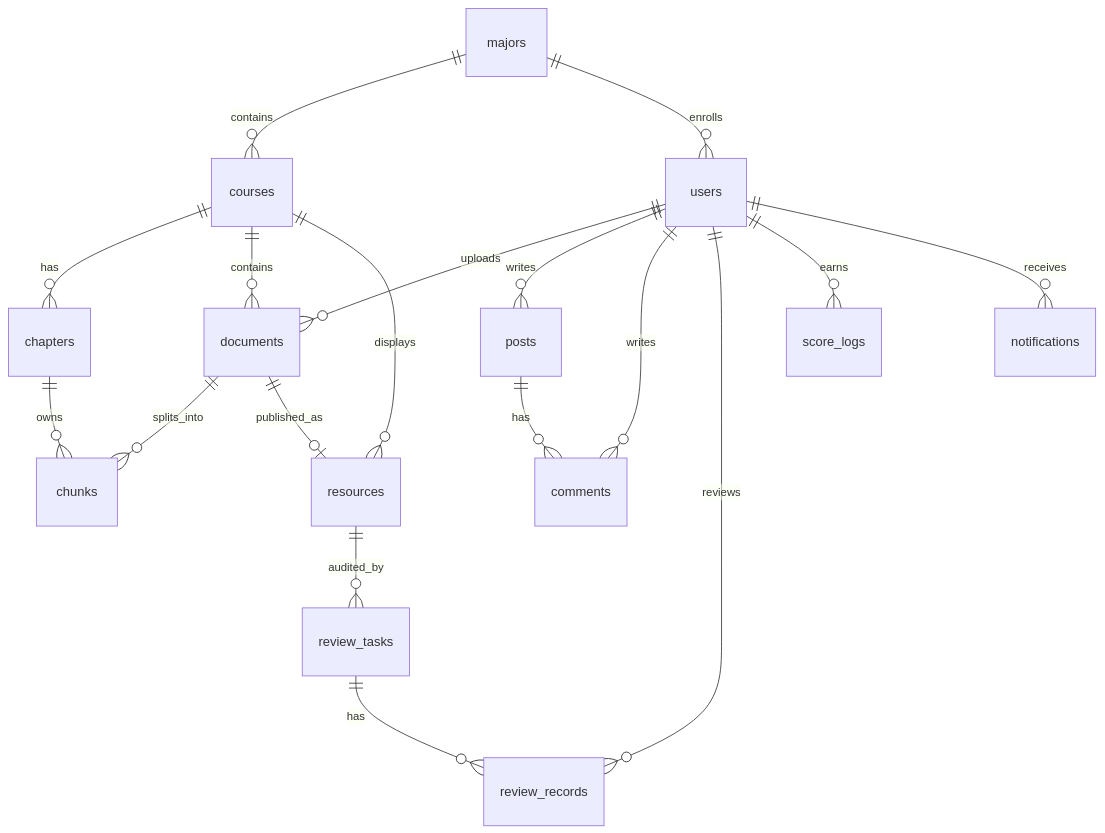
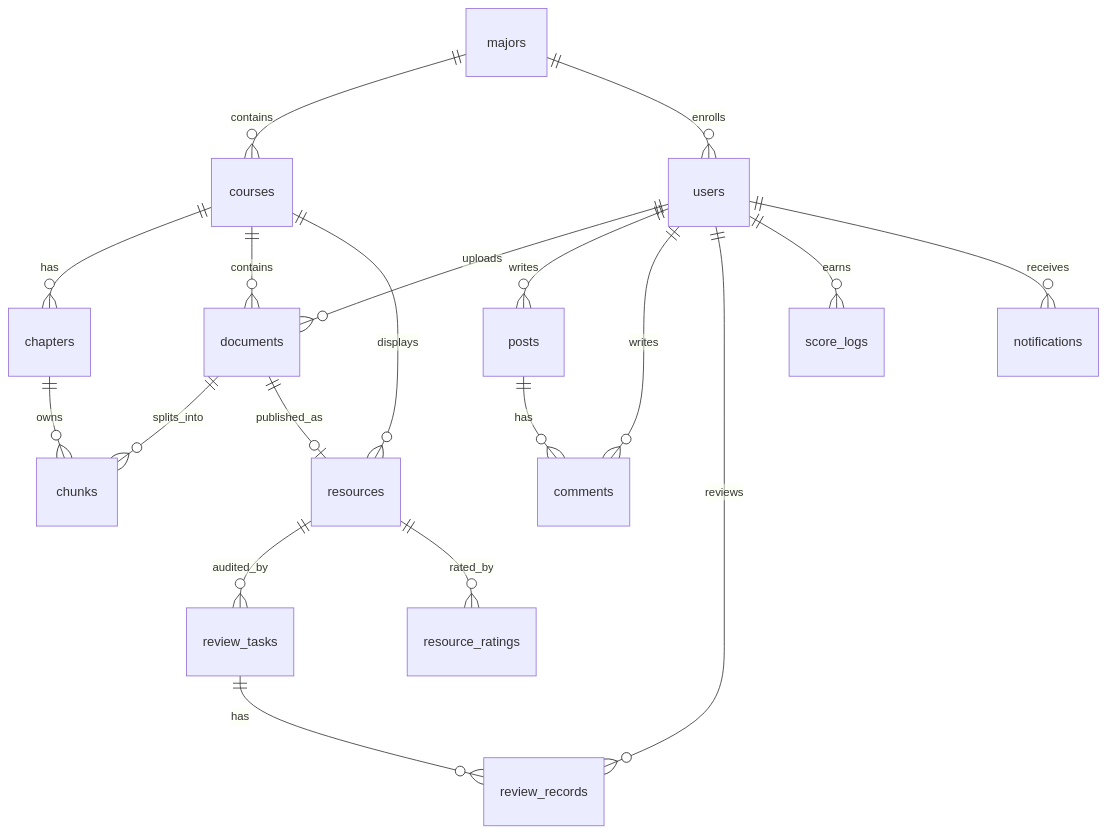
One commit to Tony142857/KnowIsle changed the fifth of 6 diagrams in 知屿-智能课程知识社区-项目文档.md. Above: the diagram before and after it, drawn with Mermaid. The commit also changed other lines of this file and 2 other files, not shown here.

````diff
--- a/知屿-智能课程知识社区-项目文档.md
+++ b/知屿-智能课程知识社区-项目文档.md
@@ -500,20 +501,21 @@
 ```mermaid
 erDiagram
     users ||--o{ documents : uploads
     users ||--o{ posts : writes
     users ||--o{ comments : writes
     users ||--o{ review_records : reviews
     majors ||--o{ courses : contains
     majors ||--o{ users : enrolls
     courses ||--o{ chapters : has
     courses ||--o{ documents : contains
     courses ||--o{ resources : displays
     documents ||--o{ chunks : splits_into
     documents ||--o| resources : published_as
     chapters ||--o{ chunks : owns
     resources ||--o{ review_tasks : audited_by
+    resources ||--o{ resource_ratings : rated_by
     review_tasks ||--o{ review_records : has
     posts ||--o{ comments : has
     users ||--o{ score_logs : earns
     users ||--o{ notifications : receives
 ```
````
